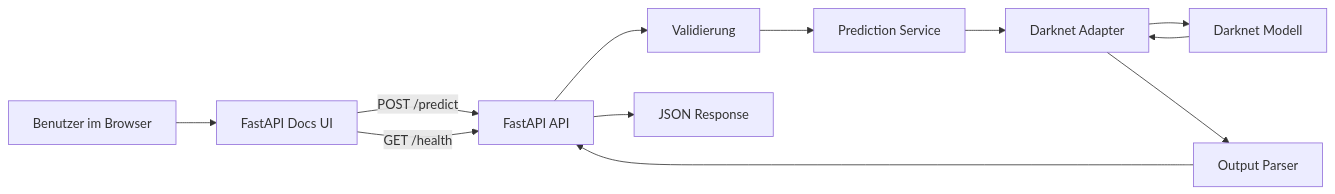
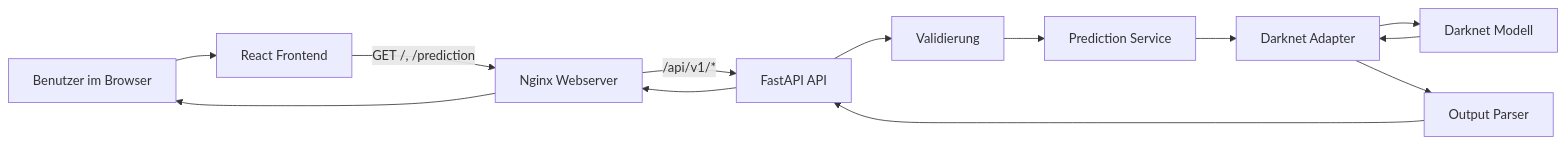
Before and after one commit to niMtAndoX/cnn-fruiting-body-modeling-tp-ss26: the diagram in README.md, drawn with Mermaid. The commit also changed other lines of this file and 36 other files, not shown here.

Commit message:
feat: restructure frontend prediction architecture and add full-stack docker deployment

````diff
--- a/README.md
+++ b/README.md
@@ -24,15 +22,15 @@
 ```mermaid
 flowchart LR
-    U[Benutzer im Browser] --> W[FastAPI Docs UI]
-    W -->|POST /predict| A[FastAPI API]
-    W -->|GET /health| A
-
+    U[Benutzer im Browser] --> W[React Frontend]
+    W -->|GET /, /prediction| N[Nginx Webserver]
+    N -->|/api/v1/*| A[FastAPI API]
     A --> V[Validierung]
     V --> S[Prediction Service]
     S --> D[Darknet Adapter]
     D --> M[Darknet Modell]
     M --> D
     D --> P[Output Parser]
     P --> A
-    A --> R[JSON Response]
+    A --> N
+    N --> U
 ```
````
